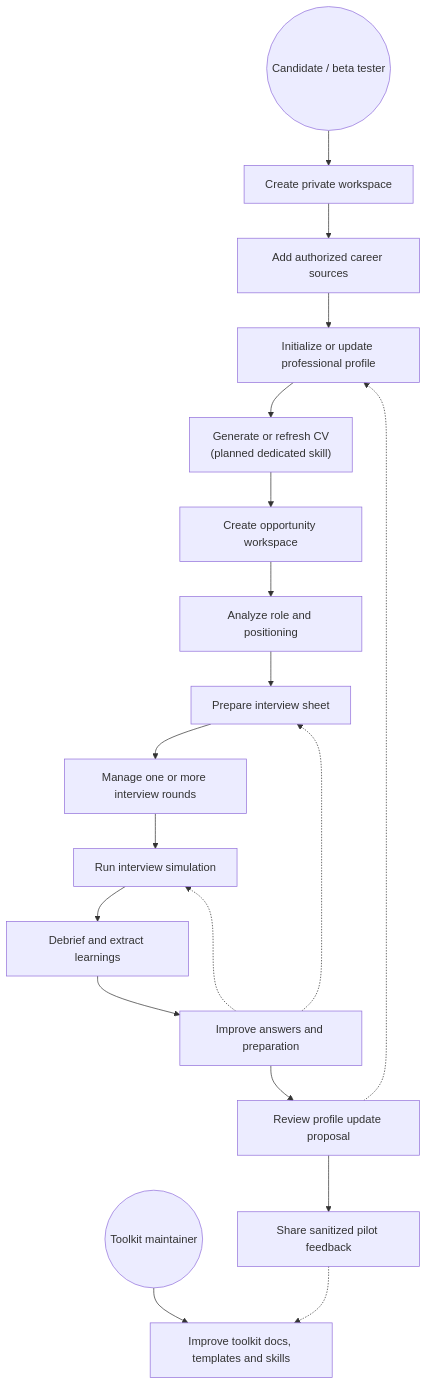
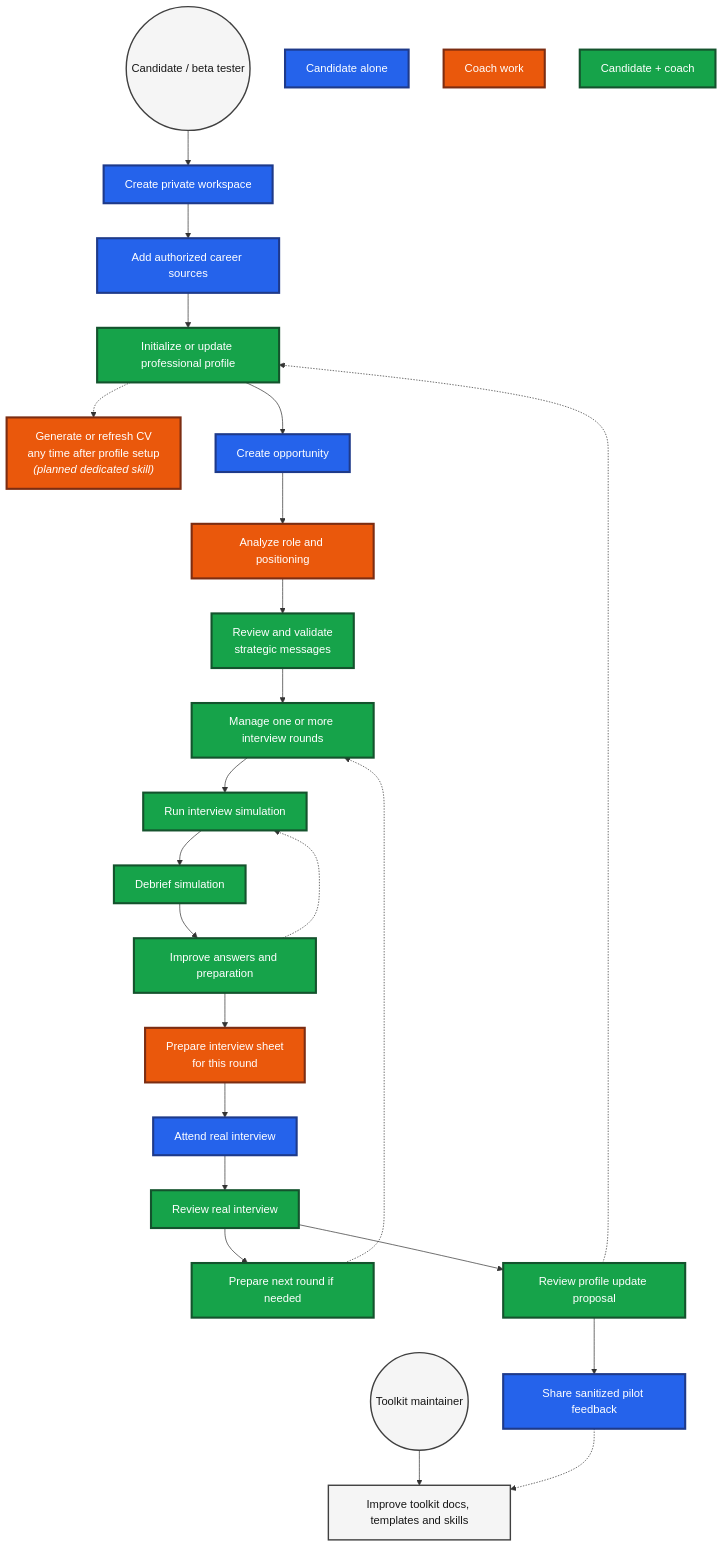
Before and after one commit to JeromeJ77/career-ai-toolkit: the first of 2 diagrams in docs/use-cases.md, drawn with Mermaid. The commit also changed other lines of this file and 5 other files, not shown here.

Commit message:
docs: improve diagrams (+coloring) and clarify opportunity workflow

````diff
--- a/docs/use-cases.md
+++ b/docs/use-cases.md
@@ -21,40 +24,61 @@
 ```mermaid
 flowchart TD
     candidate(("Candidate / beta tester"))
     maintainer(("Toolkit maintainer"))
 
     setup["Create private workspace"]
     collect["Add authorized career sources"]
     profile["Initialize or update professional profile"]
-    cv["Generate or refresh CV<br/>(planned dedicated skill)"]
-    opportunity["Create opportunity workspace"]
+    cv["Generate or refresh CV<br/>any time after profile setup<br/><i>(planned dedicated skill)</i>"]
+    opportunity["Create opportunity"]
     analyze["Analyze role and positioning"]
-    prep["Prepare interview sheet"]
+    validatePositioning["Review and validate<br/>strategic messages"]
     interview["Manage one or more interview rounds"]
     simulate["Run interview simulation"]
-    debrief["Debrief and extract learnings"]
+    debrief["Debrief simulation"]
     improvePrep["Improve answers and preparation"]
+    prep["Prepare interview sheet<br/>for this round"]
+    realInterview["Attend real interview"]
+    postReview["Review real interview"]
+    nextRound["Prepare next round if needed"]
     update["Review profile update proposal"]
     feedback["Share sanitized pilot feedback"]
     improve["Improve toolkit docs, templates and skills"]
+    legendUser["Candidate alone"]
+    legendCoach["Coach work"]
+    legendJoint["Candidate + coach"]
 
     candidate --> setup
     setup --> collect
     collect --> profile
-    profile --> cv
-    cv --> opportunity
+    profile -.-> cv
+    profile --> opportunity
     opportunity --> analyze
-    analyze --> prep
-    prep --> interview
+    analyze --> validatePositioning
+    validatePositioning --> interview
     interview --> simulate
     simulate --> debrief
     debrief --> improvePrep
     improvePrep -.-> simulate
-    improvePrep -.-> prep
-    improvePrep --> update
+    improvePrep --> prep
+    prep --> realInterview
+    realInterview --> postReview
+    postReview --> nextRound
+    nextRound -.-> interview
+    postReview --> update
     update -.-> profile
     update --> feedback
 
     maintainer --> improve
     feedback -.-> improve
+
+    classDef userTask fill:#2563eb,stroke:#1e3a8a,stroke-width:3px,color:#ffffff;
+    classDef coachTask fill:#ea580c,stroke:#7c2d12,stroke-width:3px,color:#ffffff;
+    classDef jointTask fill:#16a34a,stroke:#14532d,stroke-width:3px,color:#ffffff;
+    classDef actor fill:#f5f5f5,stroke:#404040,stroke-width:2px,color:#171717;
+
+    class setup,collect,opportunity,realInterview,feedback,legendUser userTask;
+    class analyze,prep,cv,legendCoach coachTask;
+    class profile,validatePositioning,interview,simulate,debrief,improvePrep,postReview,nextRound,update,legendJoint jointTask;
+    class candidate,maintainer,improve actor;
 ```
````
